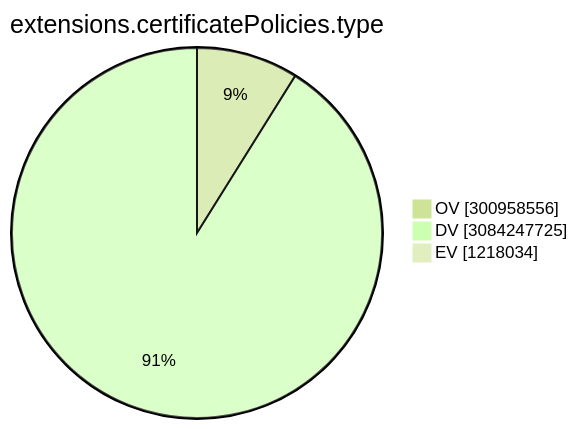
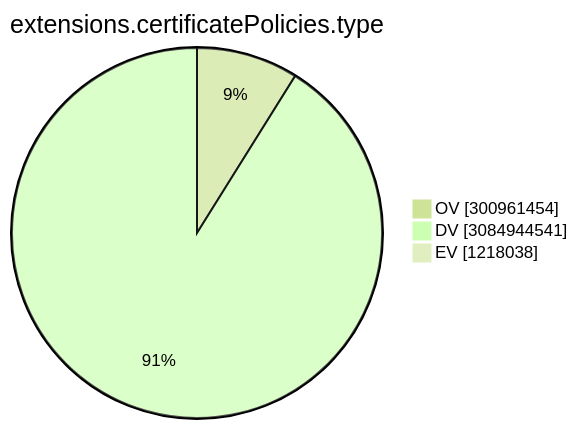
The ninth of 15 diagrams in TOTAL/README.md (christiankrug/ctmonitor_visualization), drawn with Mermaid (forest theme) before and after one commit. The commit also changed other lines of this file, not shown here.

````diff
--- a/TOTAL/README.md
+++ b/TOTAL/README.md
@@ -3103,7 +3103,7 @@
 ```mermaid
 pie showData
 title extensions.certificatePolicies.type
-"OV" :300958556
-"DV" :3084247725
-"EV" :1218034
+"OV" :300961454
+"DV" :3084944541
+"EV" :1218038
 ```
````
